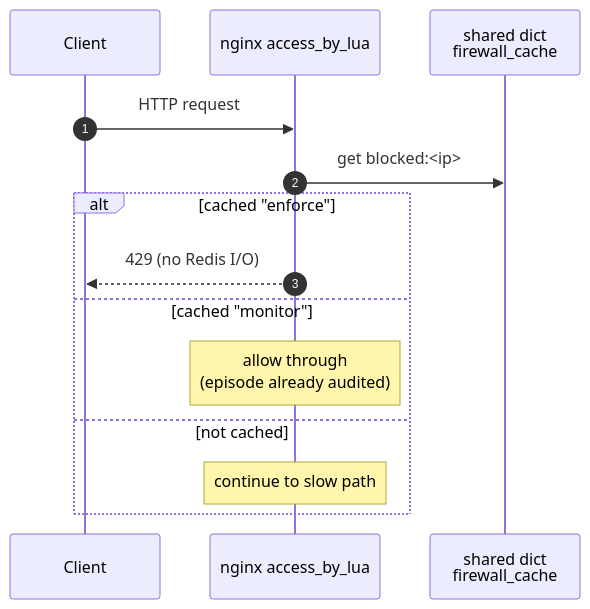
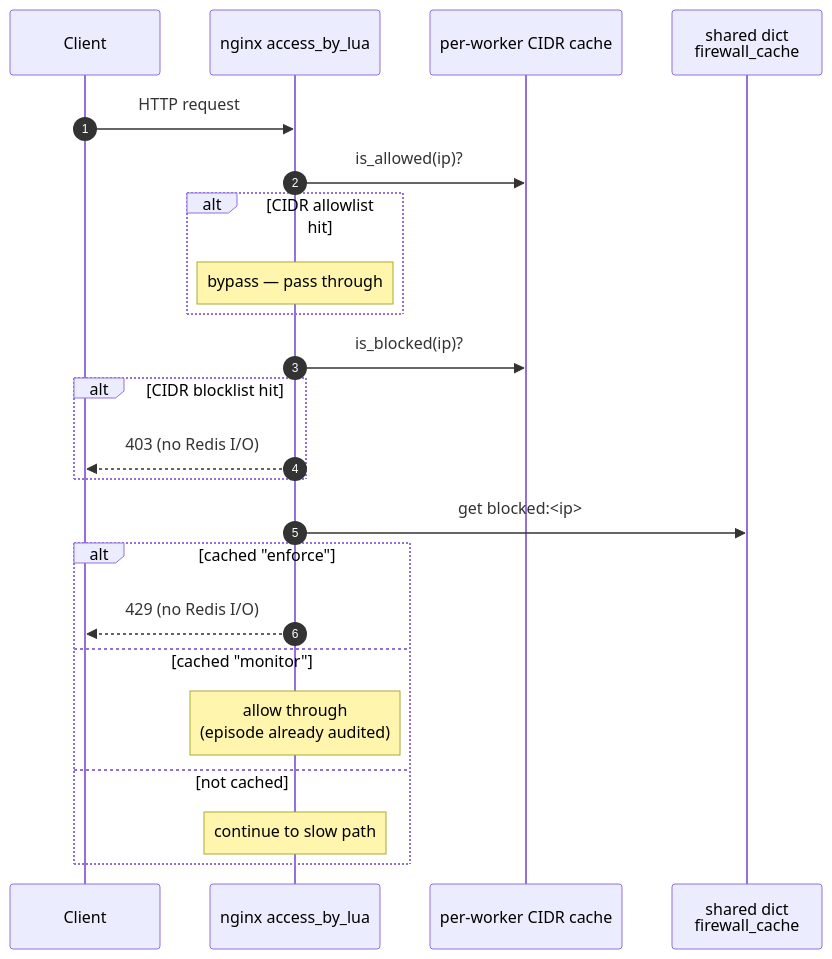
One commit to ministryofjustice/hale-platform changed the second of 4 diagrams in opt/lua/README.md. Above: the diagram before and after it, drawn with Mermaid. The commit also changed other lines of this file, not shown here.

````diff
--- a/opt/lua/README.md
+++ b/opt/lua/README.md
@@ -194,17 +194,26 @@
 ```mermaid
 sequenceDiagram
     autonumber
     participant C as Client
     participant N as nginx access_by_lua
+    participant M as per-worker CIDR cache
     participant SD as shared dict<br/>firewall_cache
 
     C->>N: HTTP request
+    N->>M: is_allowed(ip)?
+    alt CIDR allowlist hit
+        Note over N: bypass — pass through
+    end
+    N->>M: is_blocked(ip)?
+    alt CIDR blocklist hit
+        N-->>C: 403 (no Redis I/O)
+    end
     N->>SD: get blocked:<ip>
     alt cached "enforce"
         N-->>C: 429 (no Redis I/O)
     else cached "monitor"
         Note over N: allow through<br/>(episode already audited)
     else not cached
         Note over N: continue to slow path
     end
 ```
````
